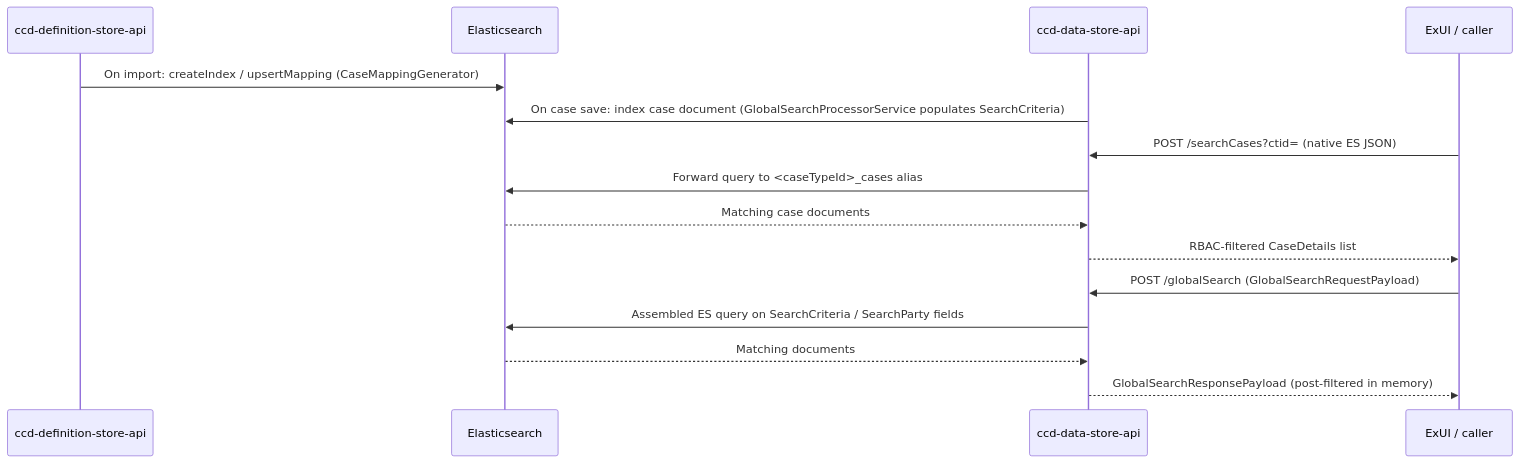
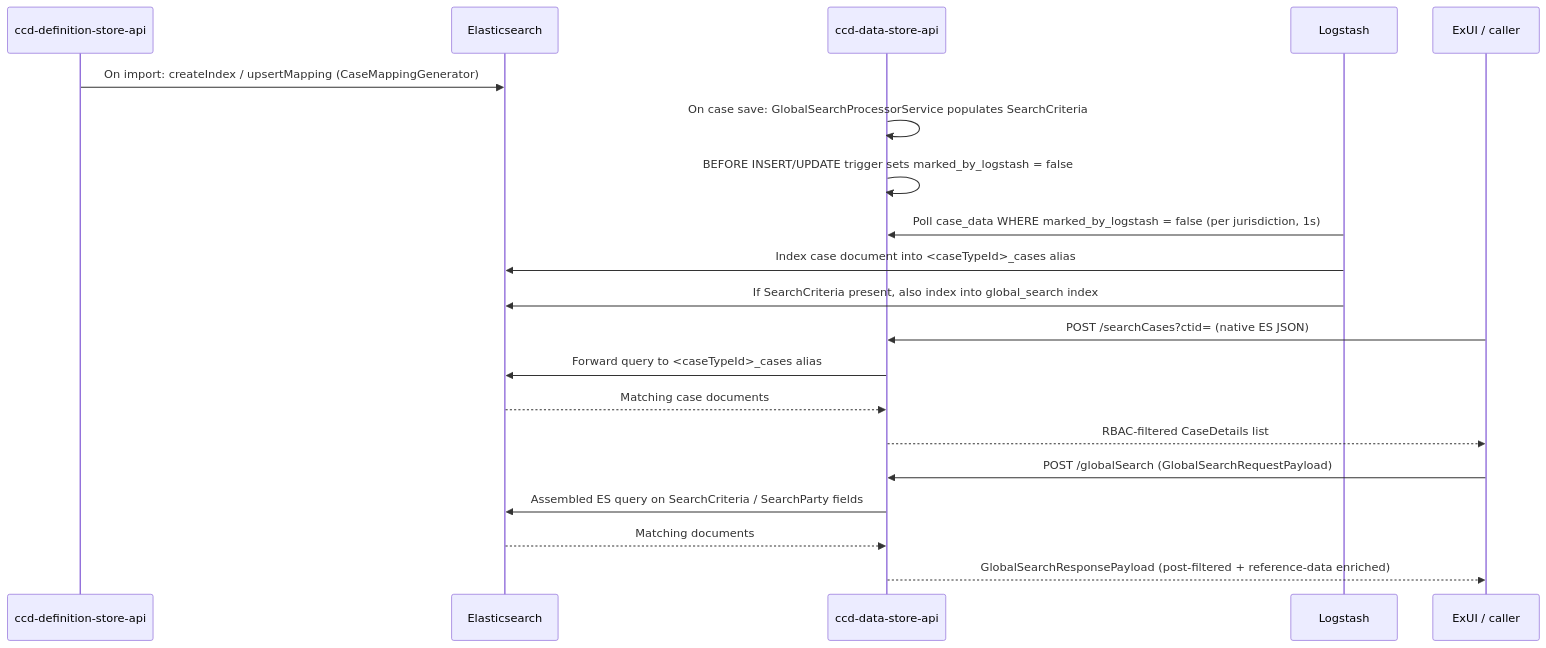
One commit to hmcts/cft-workspace changed the diagram in docs/ccd/explanation/search-architecture.md. Above: the diagram before and after it, drawn with Mermaid. The commit also changed other lines of this file and 58 other files, not shown here.

````diff
--- a/docs/ccd/explanation/search-architecture.md
+++ b/docs/ccd/explanation/search-architecture.md
@@ -146,19 +425,24 @@
 ```mermaid
 sequenceDiagram
     participant DS as ccd-definition-store-api
     participant ES as Elasticsearch
     participant DA as ccd-data-store-api
+    participant LS as Logstash
     participant UI as ExUI / caller
 
     DS->>ES: On import: createIndex / upsertMapping (CaseMappingGenerator)
-    DA->>ES: On case save: index case document (GlobalSearchProcessorService populates SearchCriteria)
+    DA->>DA: On case save: GlobalSearchProcessorService populates SearchCriteria
+    DA->>DA: BEFORE INSERT/UPDATE trigger sets marked_by_logstash = false
+    LS->>DA: Poll case_data WHERE marked_by_logstash = false (per jurisdiction, 1s)
+    LS->>ES: Index case document into <caseTypeId>_cases alias
+    LS->>ES: If SearchCriteria present, also index into global_search index
     UI->>DA: POST /searchCases?ctid= (native ES JSON)
     DA->>ES: Forward query to <caseTypeId>_cases alias
     ES-->>DA: Matching case documents
     DA-->>UI: RBAC-filtered CaseDetails list
 
     UI->>DA: POST /globalSearch (GlobalSearchRequestPayload)
     DA->>ES: Assembled ES query on SearchCriteria / SearchParty fields
     ES-->>DA: Matching documents
-    DA-->>UI: GlobalSearchResponsePayload (post-filtered in memory)
+    DA-->>UI: GlobalSearchResponsePayload (post-filtered + reference-data enriched)
 ```
````
